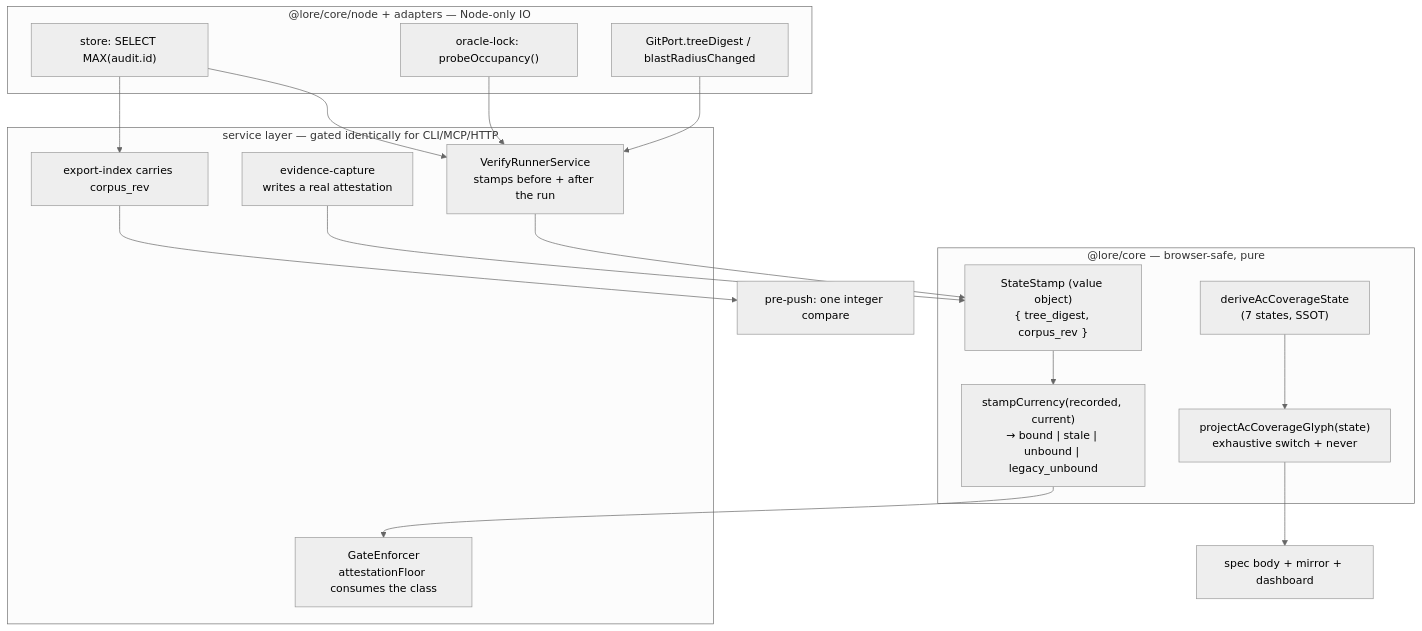
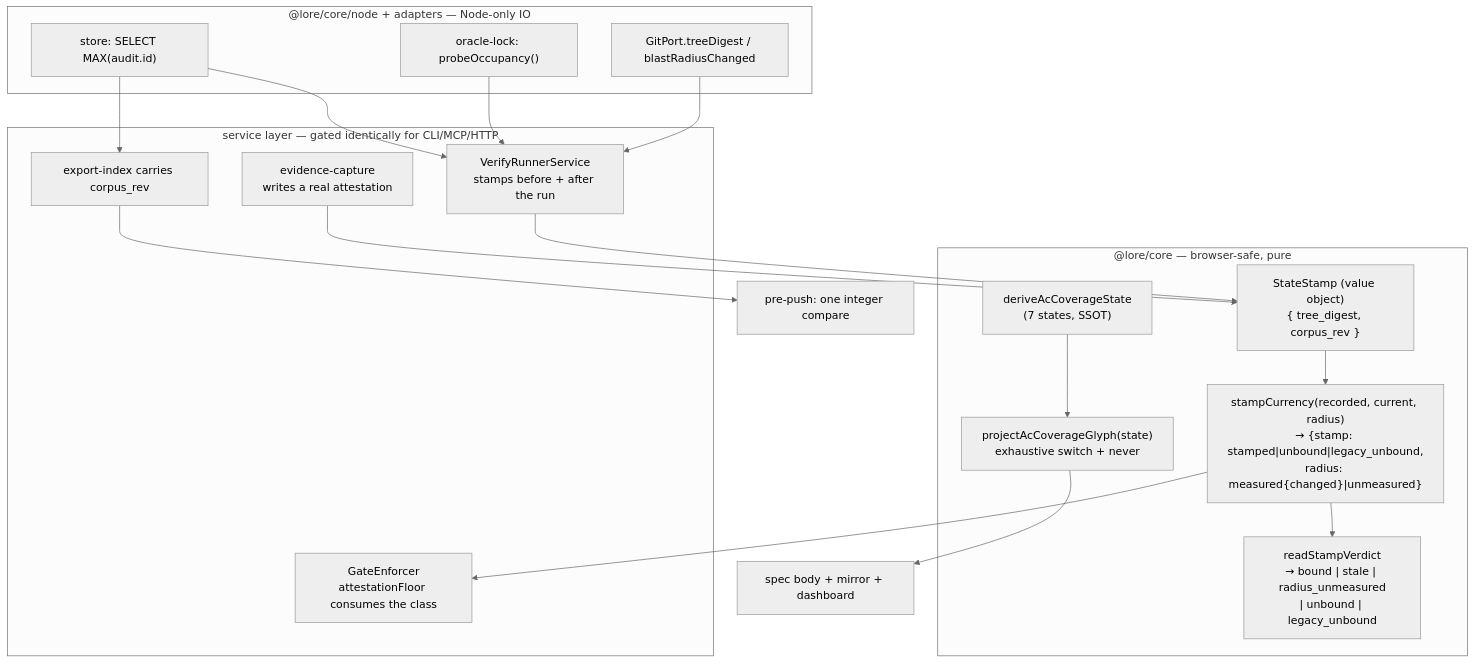
One commit to daniel1zz/lore changed the first of 2 diagrams in docs/requirements/spec/SPEC-143-corpus-truthfulness-a-verdict-must-carry-the-state.md. Above: the diagram before and after it, drawn with Mermaid (neutral theme). The commit also changed other lines of this file and 24 other files, not shown here.

````diff
--- a/docs/requirements/spec/SPEC-143-corpus-truthfulness-a-verdict-must-carry-the-state.md
+++ b/docs/requirements/spec/SPEC-143-corpus-truthfulness-a-verdict-must-carry-the-state.md
@@ -101,34 +108,36 @@
 ```mermaid
 flowchart TB
   subgraph core["@lore/core — browser-safe, pure"]
     SS["StateStamp (value object)<br/>{ tree_digest, corpus_rev }"]
-    SC["stampCurrency(recorded, current)<br/>→ bound | stale | unbound | legacy_unbound"]
+    SC["stampCurrency(recorded, current, radius)<br/>→ {stamp: stamped|unbound|legacy_unbound,<br/>radius: measured{changed}|unmeasured}"]
+    RV["readStampVerdict<br/>→ bound | stale | radius_unmeasured<br/>| unbound | legacy_unbound"]
+    SC --> RV
     DS["deriveAcCoverageState<br/>(7 states, SSOT)"]
     PG["projectAcCoverageGlyph(state)<br/>exhaustive switch + never"]
   end
 
   subgraph node["@lore/core/node + adapters — Node-only IO"]
     GP["GitPort.treeDigest / blastRadiusChanged"]
     OL["oracle-lock: probeOccupancy()"]
     AR["store: SELECT MAX(audit.id)"]
   end
 
   subgraph svc["service layer — gated identically for CLI/MCP/HTTP"]
     VR["VerifyRunnerService<br/>stamps before + after the run"]
     EC["evidence-capture<br/>writes a real attestation"]
     GE["GateEnforcer<br/>attestationFloor consumes the class"]
     EX["export-index carries corpus_rev"]
   end
 
   GP --> VR
   OL --> VR
   AR --> VR
   VR --> SS
   SS --> SC
   SC --> GE
   DS --> PG
   PG --> OUT["spec body + mirror + dashboard"]
   EC --> SS
   AR --> EX
   EX --> PP["pre-push: one integer compare"]
 ```
````
